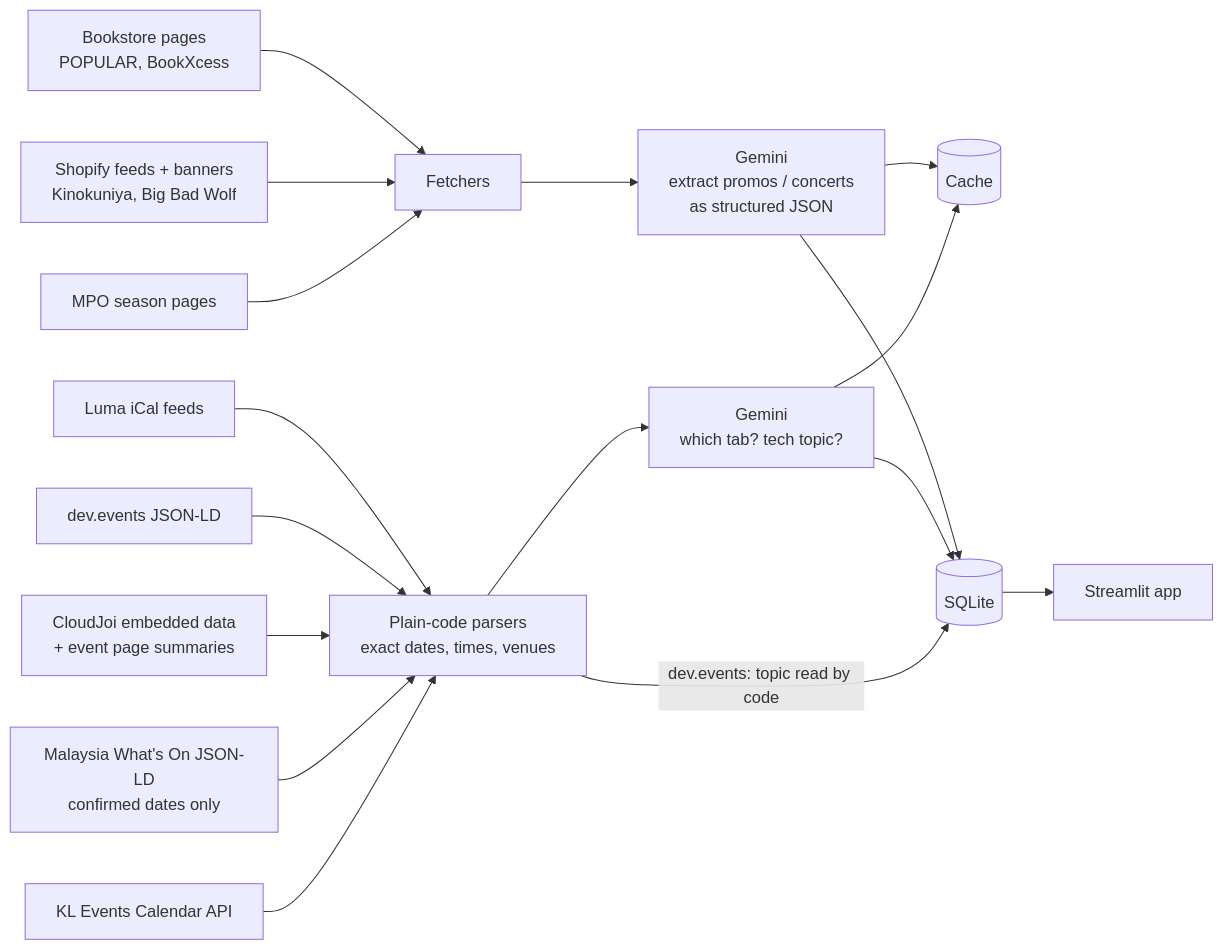
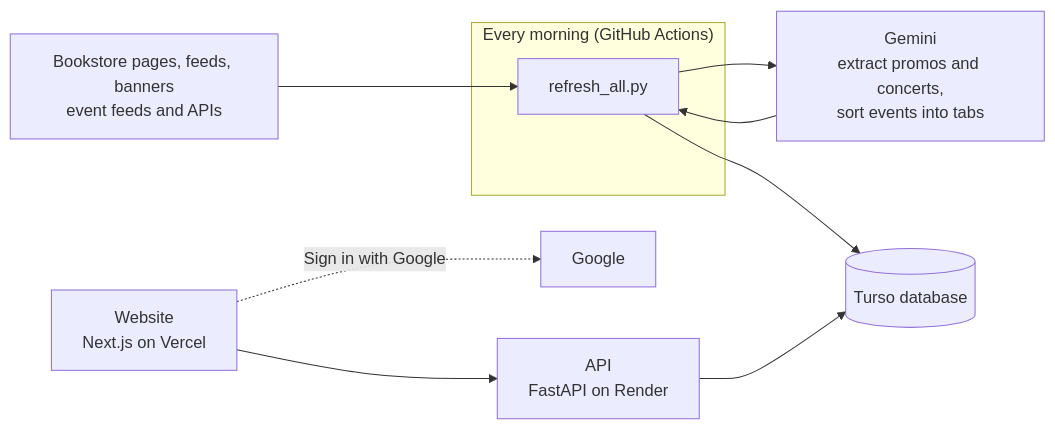
Before and after one commit to mIkhwan-hubgit/events-promos-helper: the diagram in README.md, drawn with Mermaid. The commit also changed other lines of this file and 7 other files, not shown here.

````diff
--- a/README.md
+++ b/README.md
@@ -28,19 +28,13 @@
 ```mermaid
 flowchart LR
-    A["Bookstore pages<br/>POPULAR, BookXcess"] --> F["Fetchers"]
-    B["Shopify feeds + banners<br/>Kinokuniya, Big Bad Wolf"] --> F
-    M["MPO season pages"] --> F
-    C["Luma iCal feeds"] --> P["Plain-code parsers<br/>exact dates, times, venues"]
-    E["dev.events JSON-LD"] --> P
-    J["CloudJoi embedded data<br/>+ event page summaries"] --> P
-    W["Malaysia What's On JSON-LD<br/>confirmed dates only"] --> P
-    L["KL Events Calendar API"] --> P
-    F --> G["Gemini<br/>extract promos / concerts<br/>as structured JSON"]
-    P --> T["Gemini<br/>which tab? tech topic?"]
-    G --> K[("Cache")]
-    T --> K
-    G --> D[("SQLite")]
-    T --> D
-    P -->|"dev.events: topic read by code"| D
-    D --> S["Streamlit app"]
+    subgraph Daily["Every morning (GitHub Actions)"]
+        R["refresh_all.py"]
+    end
+    S["Bookstore pages, feeds, banners<br/>event feeds and APIs"] --> R
+    R --> G["Gemini<br/>extract promos and concerts,<br/>sort events into tabs"]
+    G --> R
+    R --> D[("Turso database")]
+    V["Website<br/>Next.js on Vercel"] --> A["API<br/>FastAPI on Render"]
+    A --> D
+    V -. "Sign in with Google" .-> GO["Google"]
 ```
````
